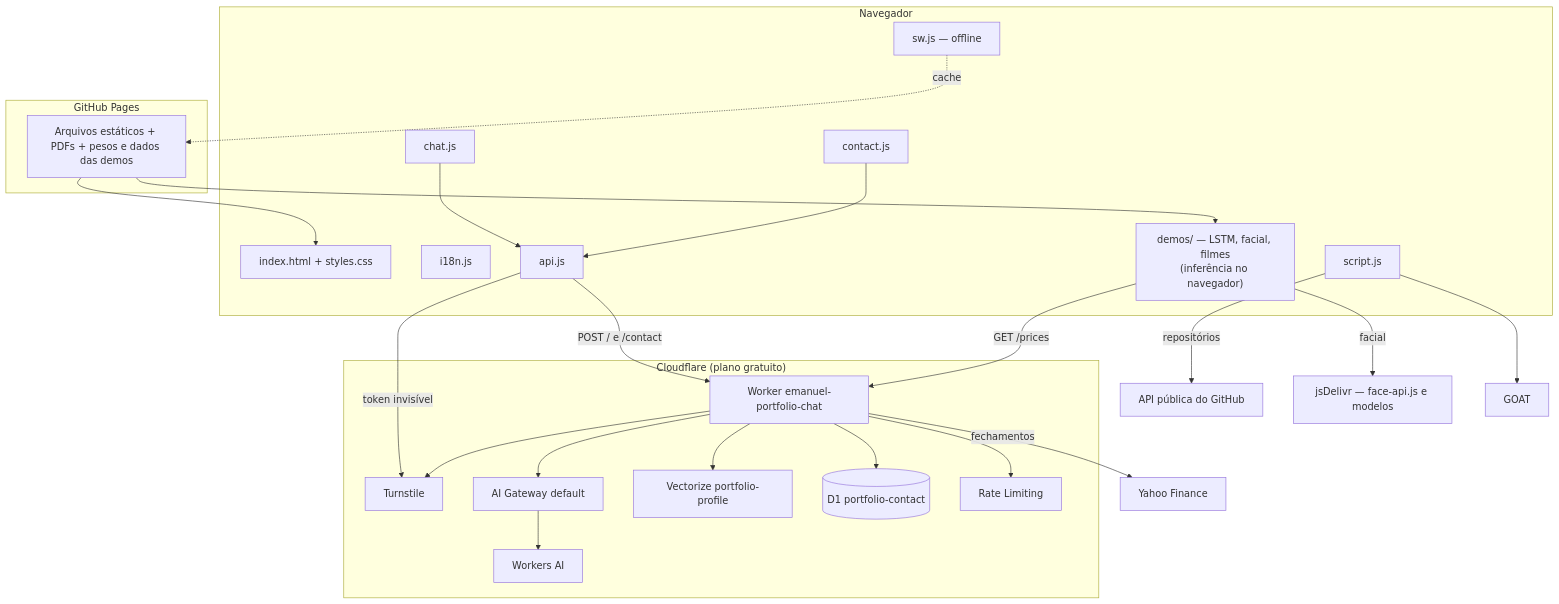
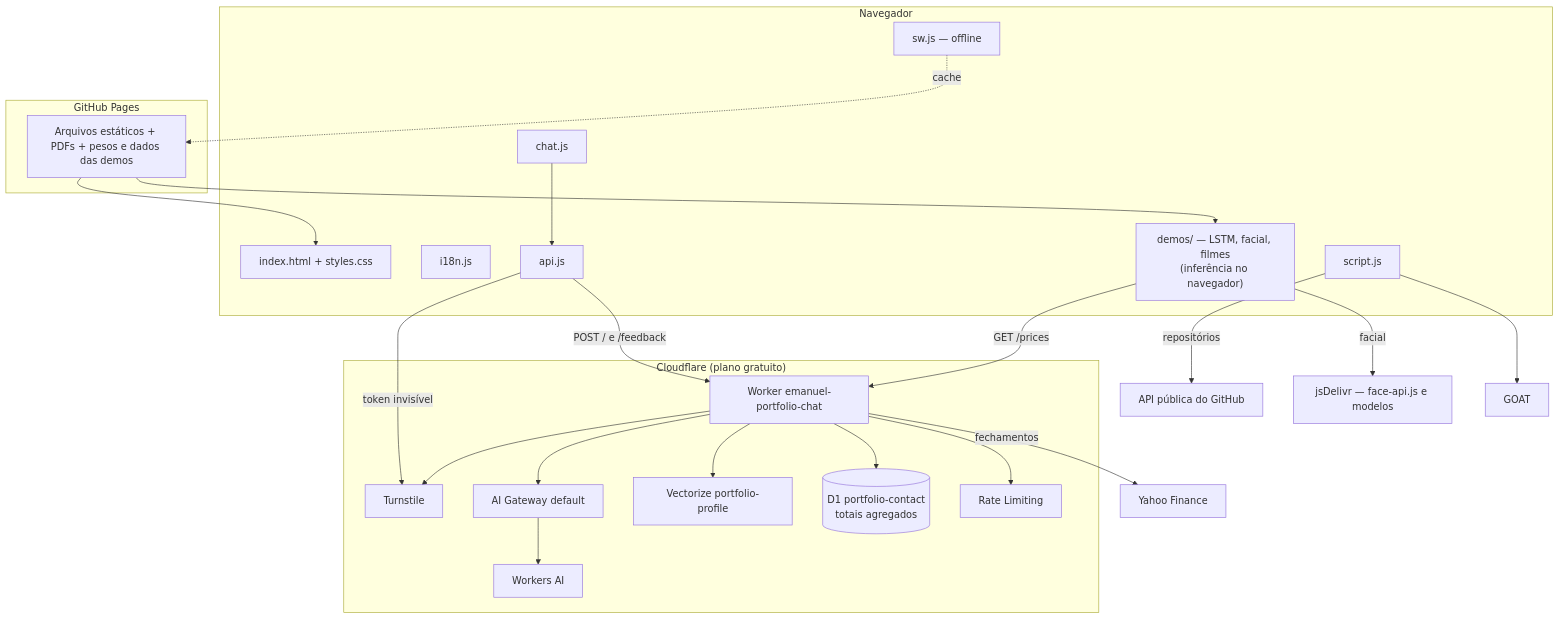
One commit to emanueleborges/emanueleborges.github.io changed the diagram in docs/sdd/plan.md. Above: the diagram before and after it, drawn with Mermaid. The commit also changed other lines of this file and 34 other files, not shown here.

````diff
--- a/docs/sdd/plan.md
+++ b/docs/sdd/plan.md
@@ -11,46 +11,44 @@
 ```mermaid
 flowchart TB
   subgraph Navegador
     HTML[index.html + styles.css]
     I18N[i18n.js]
     SCRIPT[script.js]
     API[api.js]
     CHAT[chat.js]
-    CONTACT[contact.js]
     SW[sw.js — offline]
     DEMOS["demos/ — LSTM, facial, filmes<br/>(inferência no navegador)"]
   end
   subgraph "GitHub Pages"
     STATIC[Arquivos estáticos + PDFs + pesos e dados das demos]
   end
   subgraph "Cloudflare (plano gratuito)"
     WORKER[Worker emanuel-portfolio-chat]
     TURN[Turnstile]
     GATE[AI Gateway default]
     WAI[Workers AI]
     VEC[Vectorize portfolio-profile]
-    DB[(D1 portfolio-contact)]
+    DB[(D1 portfolio-contact<br/>totais agregados)]
     RL[Rate Limiting]
   end
   GH[API pública do GitHub]
   YF[Yahoo Finance]
   CDN[jsDelivr — face-api.js e modelos]
 
   STATIC --> HTML
   STATIC --> DEMOS
   SW -. cache .-> STATIC
   CHAT --> API
-  CONTACT --> API
-  API -->|POST / e /contact| WORKER
+  API -->|POST / e /feedback| WORKER
   API -->|token invisível| TURN
   WORKER --> TURN
   WORKER --> RL
   WORKER --> GATE --> WAI
   WORKER --> VEC
   WORKER --> DB
   SCRIPT --> GOAT
   SCRIPT -->|repositórios| GH
   DEMOS -->|GET /prices| WORKER
   WORKER -->|fechamentos| YF
   DEMOS -->|facial| CDN
 ```
````
